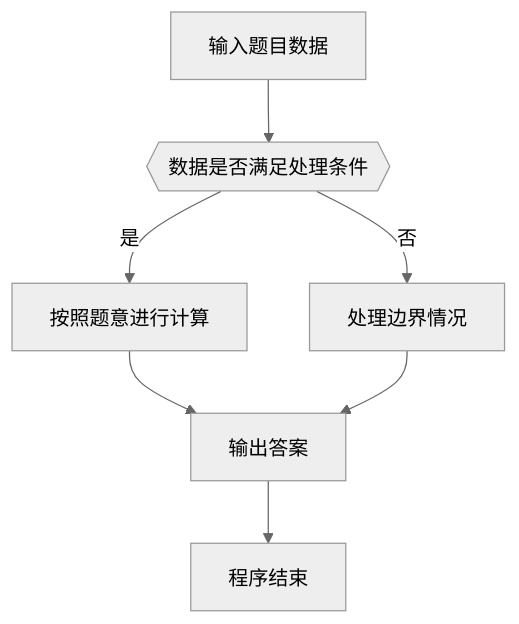
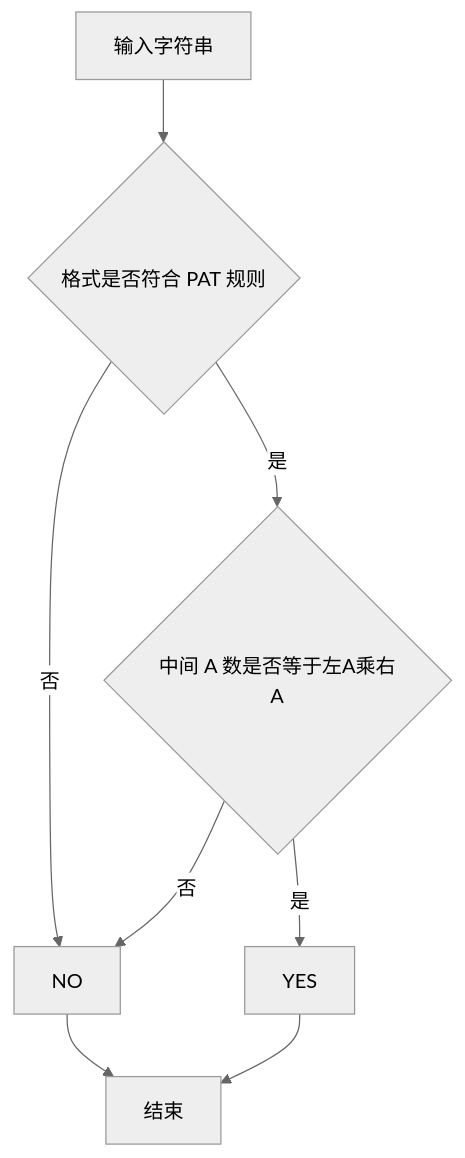
The second of 2 diagrams in 1003-我要通过！.md (pta-program/pta_basic_level_article_by_ruby), drawn with Mermaid (neutral theme) before and after one commit. The commit also changed other lines of this file and 127 other files, not shown here.

First line of the commit message:
fix: repair solutions, per-problem flowcharts, math rendering, and Pages deploy

````diff
--- a/1003-我要通过！.md
+++ b/1003-我要通过！.md
@@ -112,9 +115,10 @@
 ```mermaid
 flowchart TD
-  A[输入题目数据] --> B{{数据是否满足处理条件}}
-  B -- 是 --> C[按照题意进行计算]
-  B -- 否 --> D[处理边界情况]
-  C --> E[输出答案]
-  D --> E
-  E --> F[程序结束]
+  A["输入字符串"] --> B{"格式是否符合 PAT 规则"}
+  B -- "否" --> C["NO"]
+  B -- "是" --> D{"中间 A 数是否等于左A乘右A"}
+  D -- "是" --> E["YES"]
+  D -- "否" --> C
+  C --> F["结束"]
+  E --> F
 ```
````
